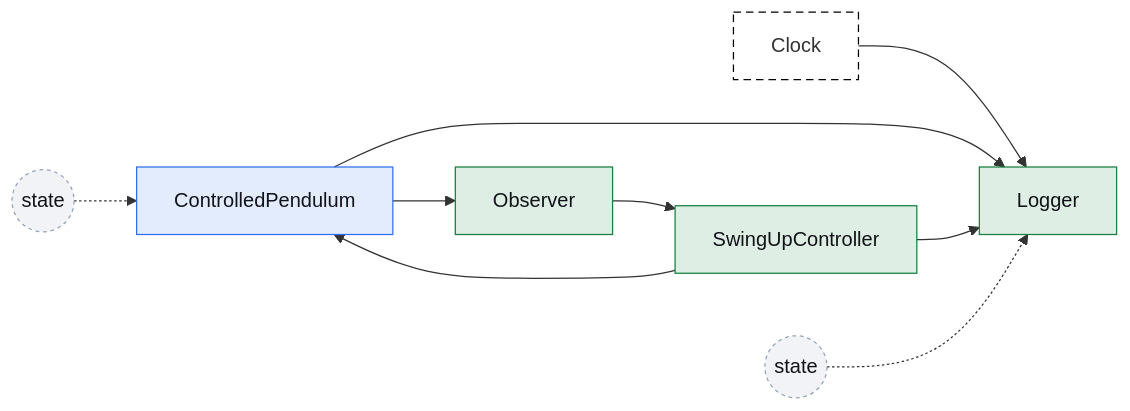
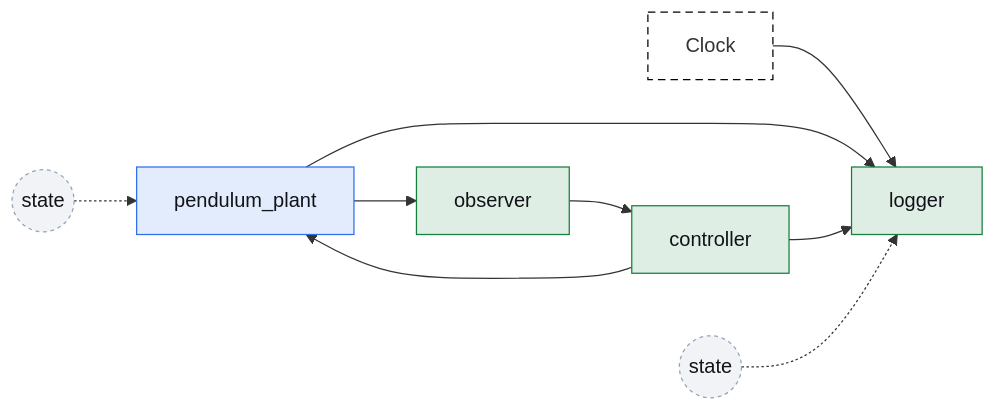
Before and after one commit to aidagroup/regelum: the second of 2 diagrams in docs/examples/controlled_pendulum.md, drawn with Mermaid. The commit also changed other lines of this file and 7 other files, not shown here.

Commit message:
feat(examples): update controlled pendulum walkthrough

````diff
--- a/docs/examples/controlled_pendulum.md
+++ b/docs/examples/controlled_pendulum.md
@@ -223,20 +243,20 @@
 ```mermaid
 flowchart LR
-    clock["Clock"] --> logger["Logger"]
-    pendulum["ControlledPendulum"] --> observer["Observer"]
-    observer --> controller["SwingUpController"]
+    clock["Clock"] --> logger["logger"]
+    pendulum["pendulum_plant"] --> observer["observer"]
+    observer --> controller["controller"]
     controller --> pendulum
     pendulum --> logger
     controller --> logger
     pendulum_state(("state")) -.-> pendulum
     logger_state(("state")) -.-> logger
 
     classDef observeControl fill:#15803d22,stroke:#15803d,color:#111318
     classDef plant fill:#2f6fed22,stroke:#2f6fed,color:#111318
     classDef clock fill:transparent,stroke:currentColor,stroke-dasharray:6 4
     classDef state fill:#94a3b822,stroke:#94a3b8,stroke-dasharray:3 3,color:#111318
     class observer,controller,logger observeControl
     class pendulum plant
     class clock clock
     class pendulum_state,logger_state state
 ```
````
